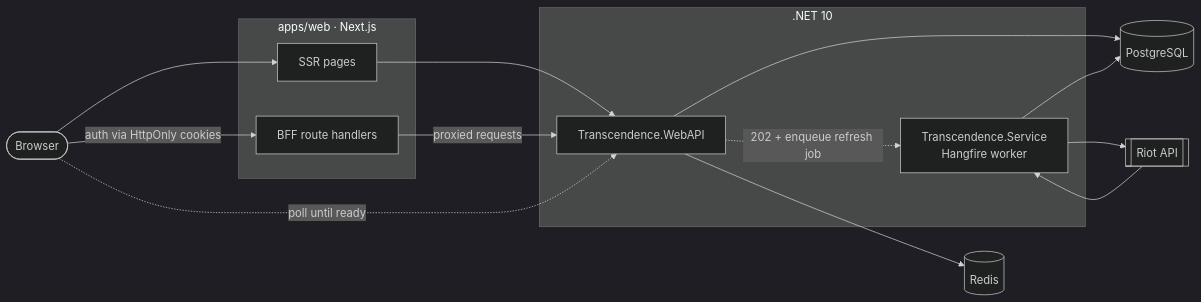
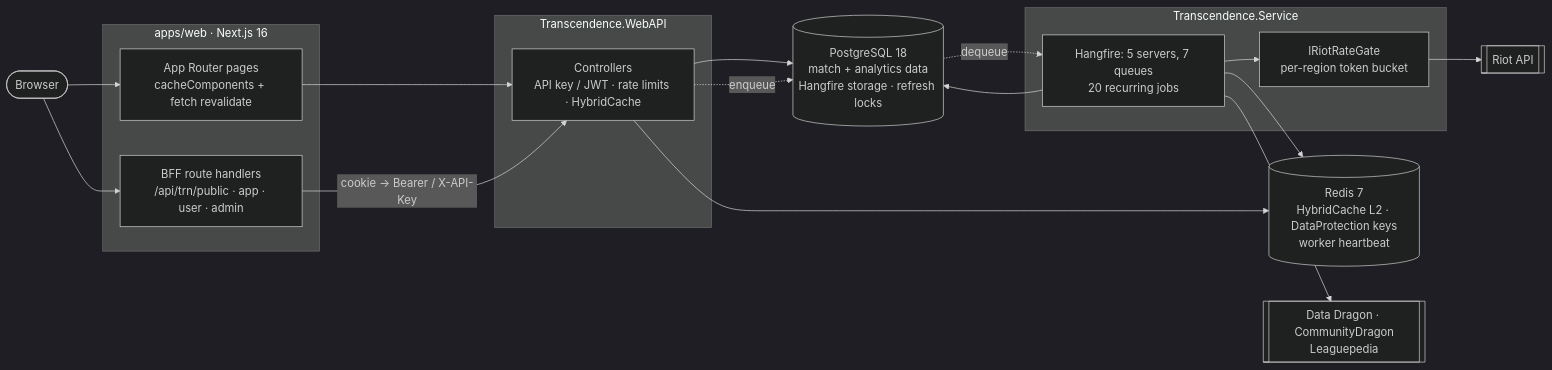
One commit to luisgon-dev/Transcendence changed the first of 2 diagrams in README.md. Above: the diagram before and after it, drawn with Mermaid (dark theme). The commit also changed other lines of this file and 34 other files, not shown here.

````diff
--- a/README.md
+++ b/README.md
@@ -77,31 +39,36 @@
 ```mermaid
 flowchart LR
-  User([Browser])
+  Browser([Browser])
 
-  subgraph Web["apps/web · Next.js"]
-    SSR[SSR pages]
-    BFF[BFF route handlers]
+  subgraph web["apps/web · Next.js 16"]
+    Pages["App Router pages<br/>cacheComponents + fetch revalidate"]
+    BFF["BFF route handlers<br/>/api/trn/public · app · user · admin"]
   end
 
-  subgraph Backend[".NET 10"]
-    API[Transcendence.WebAPI]
-    Worker[Transcendence.Service<br/>Hangfire worker]
+  subgraph api["Transcendence.WebAPI"]
+    Ctl["Controllers<br/>API key / JWT · rate limits · HybridCache"]
   end
 
-  PG[(PostgreSQL)]
-  Redis[(Redis)]
-  Riot[[Riot API]]
+  subgraph worker["Transcendence.Service"]
+    HF["Hangfire: 5 servers, 7 queues<br/>20 recurring jobs"]
+    Gate["IRiotRateGate<br/>per-region token bucket"]
+  end
 
-  User --> SSR
-  User -->|auth via HttpOnly cookies| BFF
-  SSR --> API
-  BFF -->|proxied requests| API
-  API --> PG
-  API --> Redis
+  PG[("PostgreSQL 18<br/>match + analytics data<br/>Hangfire storage · refresh locks")]
+  Redis[("Redis 7<br/>HybridCache L2 · DataProtection keys<br/>worker heartbeat")]
+  Riot[["Riot API"]]
+  Ext[["Data Dragon · CommunityDragon<br/>Leaguepedia"]]
 
-  API -.->|202 + enqueue refresh job| Worker
-  Worker --> Riot
-  Riot --> Worker
-  Worker --> PG
-  User -.->|poll until ready| API
+  Browser --> Pages
+  Browser --> BFF
+  Pages --> Ctl
+  BFF -->|"cookie → Bearer / X-API-Key"| Ctl
+  Ctl --> PG
+  Ctl --> Redis
+  Ctl -.->|enqueue| PG
+  PG -.->|dequeue| HF
+  HF --> Gate --> Riot
+  HF --> Ext
+  HF --> PG
+  HF --> Redis
 ```
````
